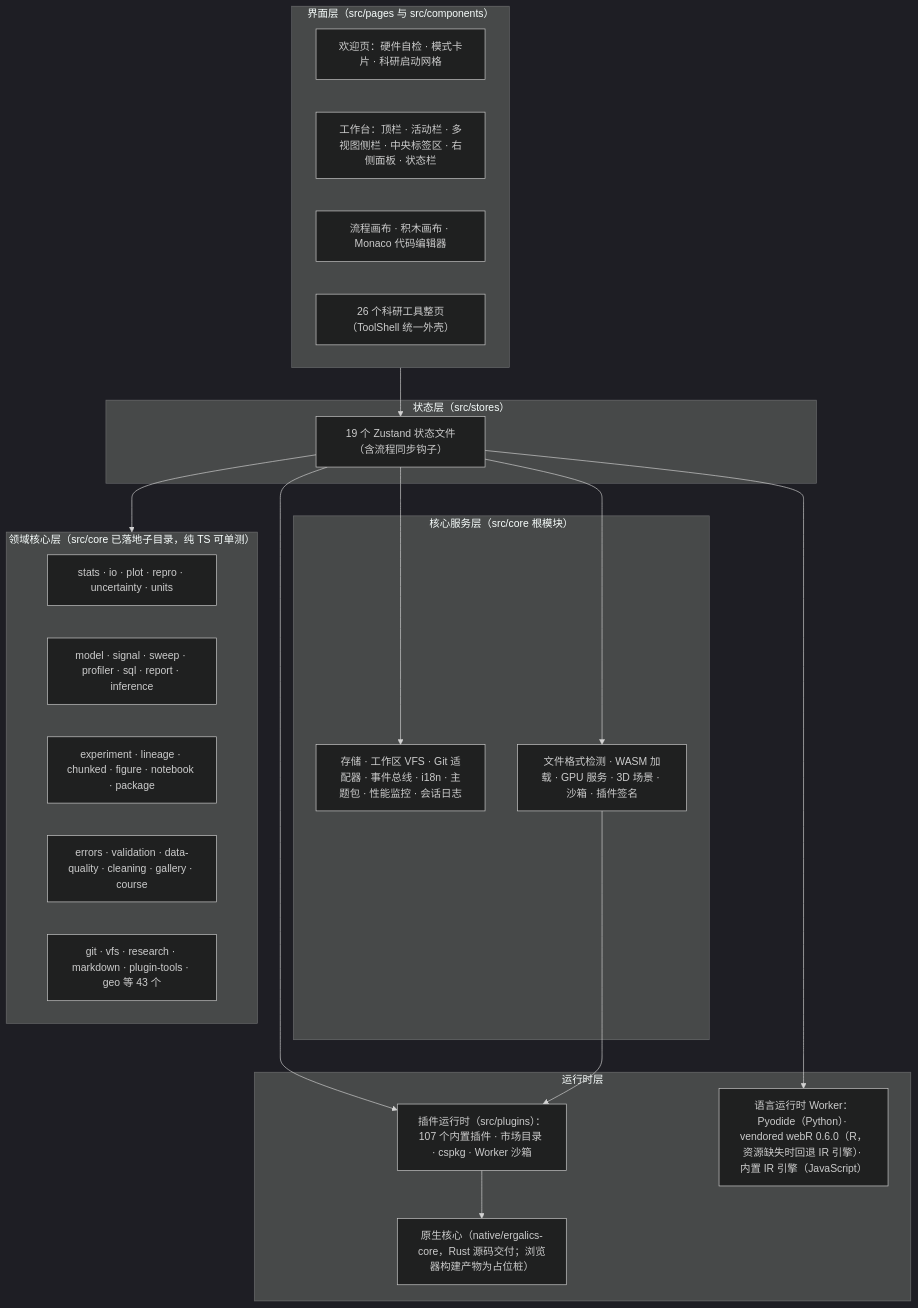
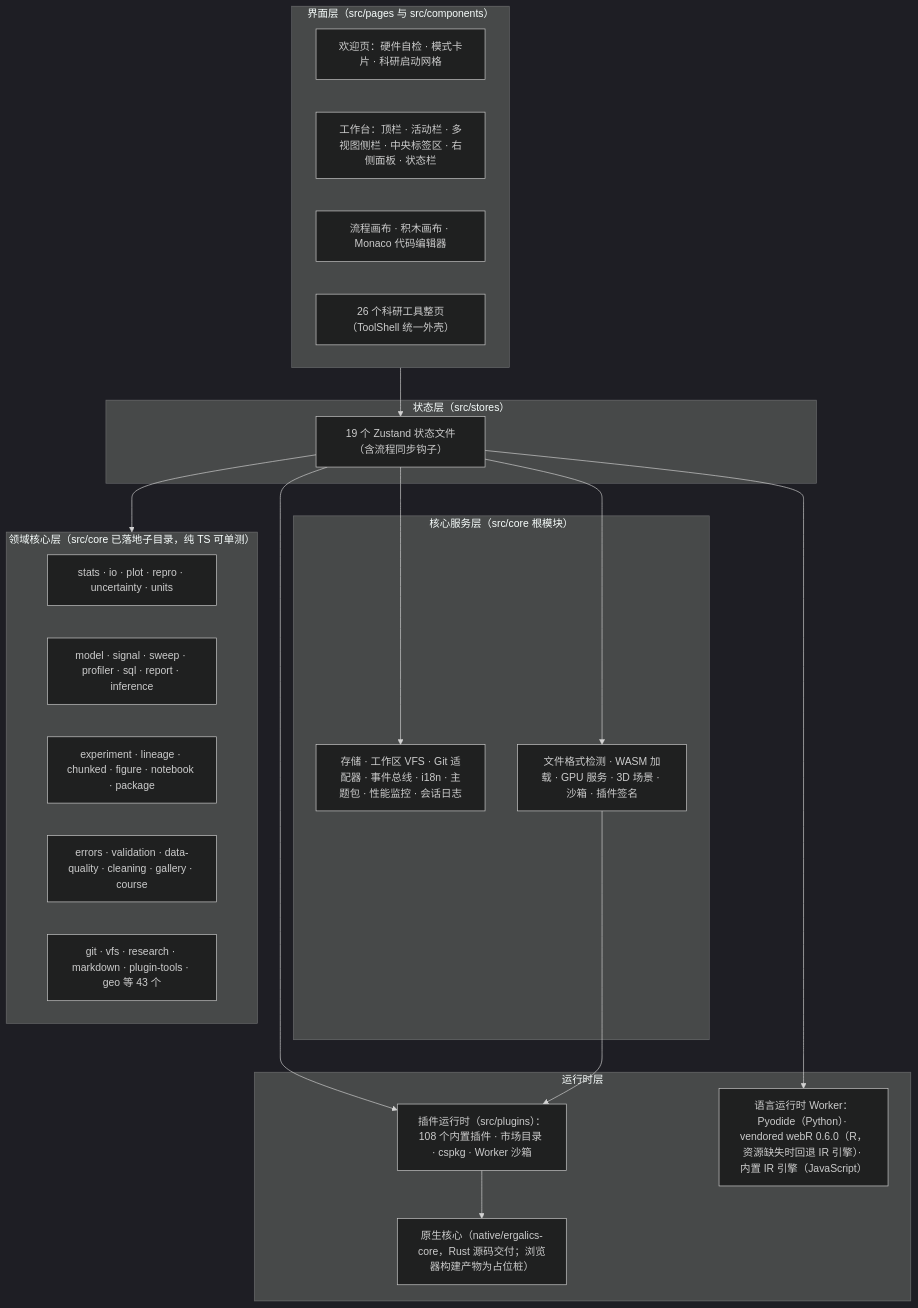
Before and after one commit to Miwafi/ErgalicsStudio: the first of 3 diagrams in docs/technical/02-系统架构.md, drawn with Mermaid (dark theme). The commit also changed other lines of this file and 19 other files, not shown here.

````diff
--- a/docs/technical/02-系统架构.md
+++ b/docs/technical/02-系统架构.md
@@ -9,36 +9,36 @@
 ```mermaid
 flowchart TB
     subgraph L1["界面层（src/pages 与 src/components）"]
         A1["欢迎页：硬件自检 · 模式卡片 · 科研启动网格"]
         A2["工作台：顶栏 · 活动栏 · 多视图侧栏 · 中央标签区 · 右侧面板 · 状态栏"]
         A3["流程画布 · 积木画布 · Monaco 代码编辑器"]
         A4["26 个科研工具整页（ToolShell 统一外壳）"]
     end
     subgraph L2["状态层（src/stores）"]
         B1["19 个 Zustand 状态文件（含流程同步钩子）"]
     end
     subgraph L3["核心服务层（src/core 根模块）"]
         C1["存储 · 工作区 VFS · Git 适配器 · 事件总线 · i18n · 主题包 · 性能监控 · 会话日志"]
         C2["文件格式检测 · WASM 加载 · GPU 服务 · 3D 场景 · 沙箱 · 插件签名"]
     end
     subgraph L35["领域核心层（src/core 已落地子目录，纯 TS 可单测）"]
         E1["stats · io · plot · repro · uncertainty · units"]
         E2["model · signal · sweep · profiler · sql · report · inference"]
         E3["experiment · lineage · chunked · figure · notebook · package"]
         E4["errors · validation · data-quality · cleaning · gallery · course"]
         E5["git · vfs · research · markdown · plugin-tools · geo 等 43 个"]
     end
     subgraph L4["运行时层"]
-        D1["插件运行时（src/plugins）：107 个内置插件 · 市场目录 · cspkg · Worker 沙箱"]
+        D1["插件运行时（src/plugins）：108 个内置插件 · 市场目录 · cspkg · Worker 沙箱"]
         D2["原生核心（native/ergalics-core，Rust 源码交付；浏览器构建产物为占位桩）"]
         D3["语言运行时 Worker：Pyodide（Python）· vendored webR 0.6.0（R，资源缺失时回退 IR 引擎）· 内置 IR 引擎（JavaScript）"]
     end
     L1 --> B1
     B1 --> C1
     B1 --> C2
     B1 --> L35
     B1 --> D1
     C2 --> D1
     D1 --> D2
     B1 --> D3
 ```
````
